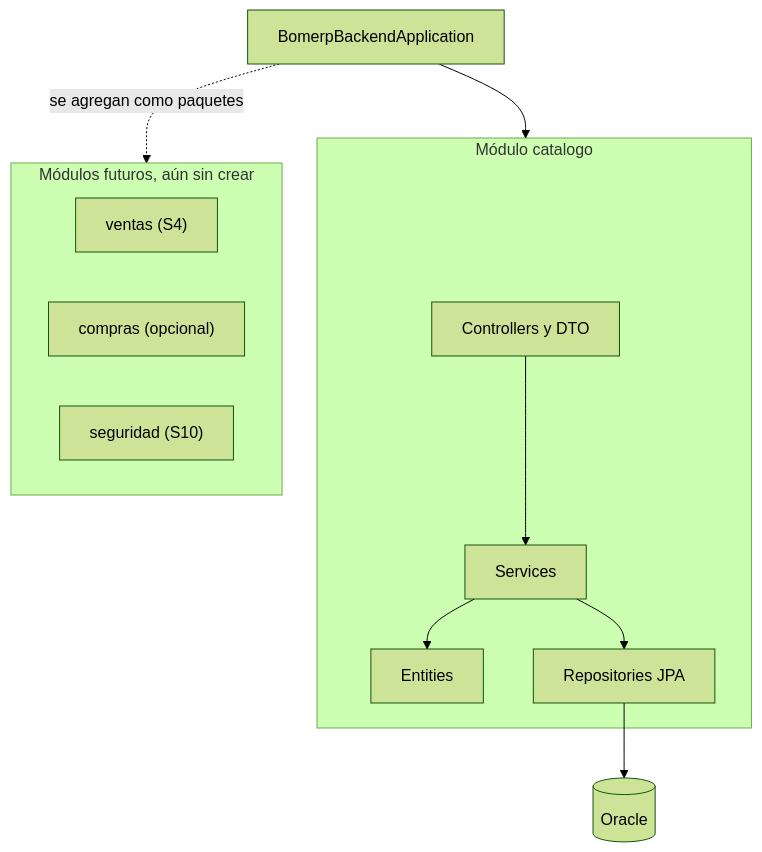
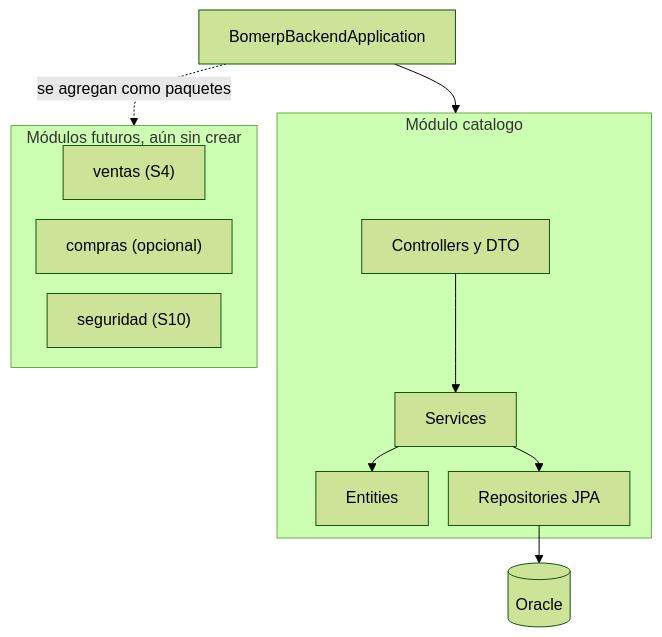
Before and after one commit to 262ciclo4/bomerp: the second of 2 diagrams in docs/lp2/sesiones/S01_Arquitectura_Backend_REST_Profesional.md, drawn with Mermaid (forest theme).

````diff
--- a/docs/lp2/sesiones/S01_Arquitectura_Backend_REST_Profesional.md
+++ b/docs/lp2/sesiones/S01_Arquitectura_Backend_REST_Profesional.md
@@ -80,19 +80,20 @@
 ```mermaid
+%%{init: {"flowchart": {"rankSpacing": 25, "nodeSpacing": 20}} }%%
 flowchart TB
     APP[BomerpBackendApplication] --> CAT
     APP -.->|se agregan como paquetes| FUTUROS
 
     subgraph CAT["Módulo catalogo"]
         API[Controllers y DTO] --> USE[Services]
         USE --> DOM[Entities]
         USE --> INF[Repositories JPA]
     end
 
     INF --> DB[(Oracle)]
 
     subgraph FUTUROS["Módulos futuros, aún sin crear"]
         VEN["ventas (S4)"]
         COM["compras (opcional)"]
         SEG["seguridad (S10)"]
     end
 ```
````
